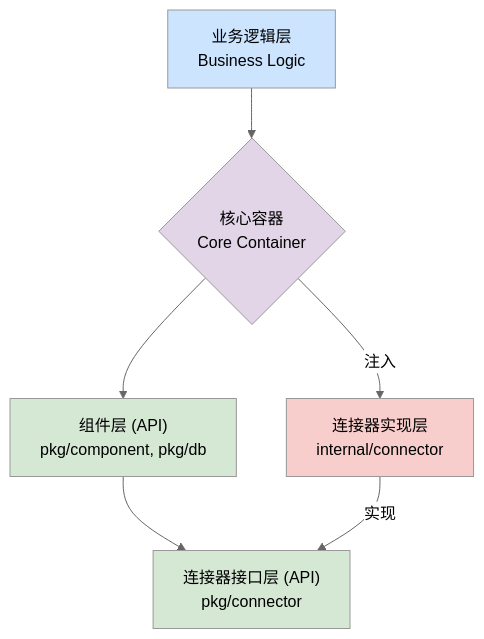
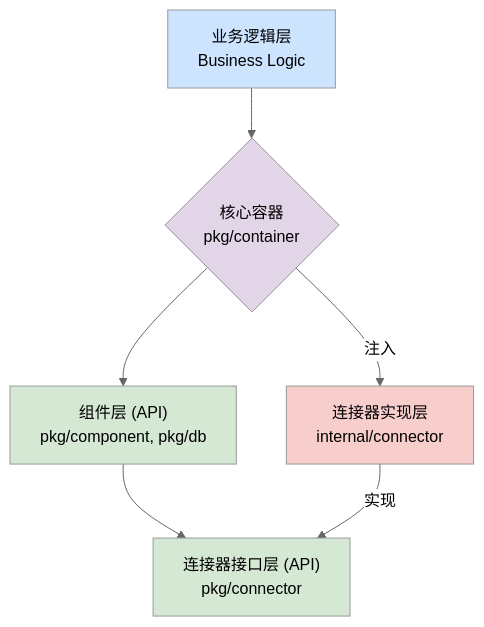
The diagram in docs/connector-design.md (ceyewan/genesis), drawn with Mermaid (neutral theme) before and after one commit. The commit also changed other lines of this file and 15 other files, not shown here.

````diff
--- a/docs/connector-design.md
+++ b/docs/connector-design.md
@@ -51,14 +51,14 @@
 ```mermaid
 graph TD
-    A[业务逻辑层<br>Business Logic] --> B{核心容器<br>Core Container};
+    A[业务逻辑层<br>Business Logic] --> B{核心容器<br>pkg/container};
     B --> C["组件层 (API)<br>pkg/component, pkg/db"];
     C --> D["连接器接口层 (API)<br>pkg/connector"];
     E[连接器实现层<br>internal/connector] -- 实现 --> D;
     B -- 注入 --> E;
 
     style A fill:#cde4ff
     style B fill:#e1d5e7
     style C fill:#d5e8d4
     style D fill:#d5e8d4
     style E fill:#f8cecc
 ```
````
